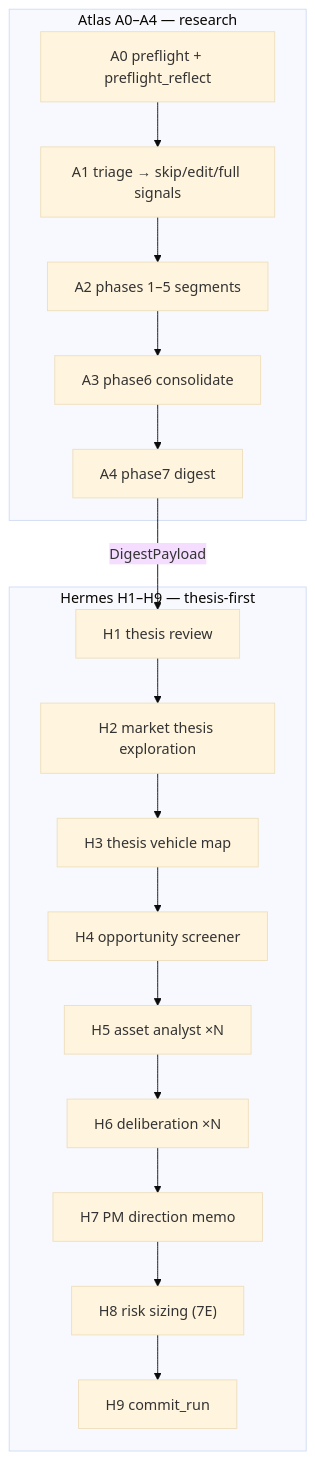
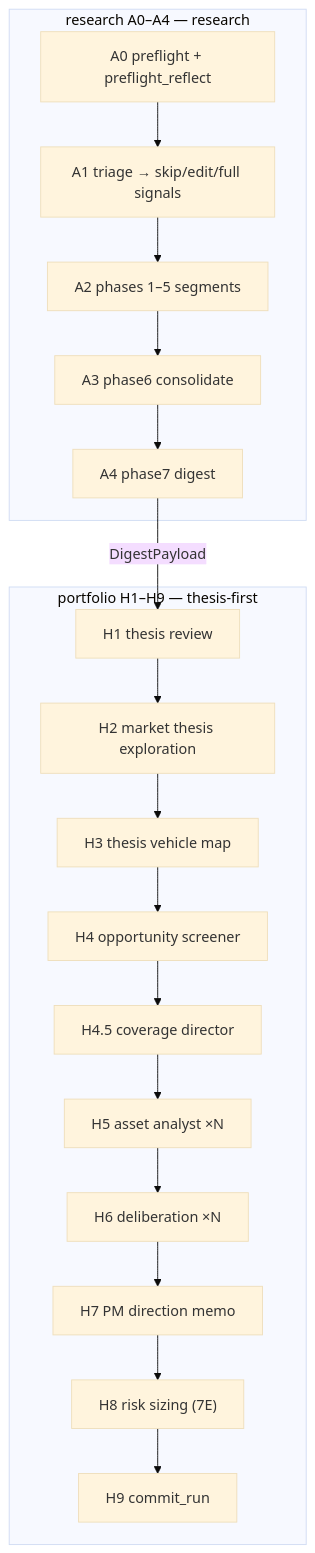
The second of 3 diagrams in digiquant/ARCHITECTURE.md (digithings-ai/digithings), drawn with Mermaid (base theme) before and after one commit. The commit also changed other lines of this file and 4518 other files, not shown here.

````diff
--- a/digiquant/ARCHITECTURE.md
+++ b/digiquant/ARCHITECTURE.md
@@ -819,26 +1964,27 @@
 ```mermaid
 flowchart TB
-  subgraph Atlas["Atlas A0–A4 — research"]
+  subgraph research["research A0–A4 — research"]
     A0["A0 preflight + preflight_reflect"]
     A1["A1 triage → skip/edit/full signals"]
     A2["A2 phases 1–5 segments"]
     A3["A3 phase6 consolidate"]
     A4["A4 phase7 digest"]
     A0 --> A1 --> A2 --> A3 --> A4
   end
 
-  subgraph Hermes["Hermes H1–H9 — thesis-first"]
+  subgraph portfolio["portfolio H1–H9 — thesis-first"]
     H1["H1 thesis review"]
     H2["H2 market thesis exploration"]
     H3["H3 thesis vehicle map"]
     H4["H4 opportunity screener"]
+    H45["H4.5 coverage director"]
     H5["H5 asset analyst ×N"]
     H6["H6 deliberation ×N"]
     H7["H7 PM direction memo"]
     H8["H8 risk sizing (7E)"]
     H9["H9 commit_run"]
-    H1 --> H2 --> H3 --> H4 --> H5 --> H6 --> H7 --> H8 --> H9
+    H1 --> H2 --> H3 --> H4 --> H45 --> H5 --> H6 --> H7 --> H8 --> H9
   end
 
   A4 -->|"DigestPayload"| H1
 ```
````
